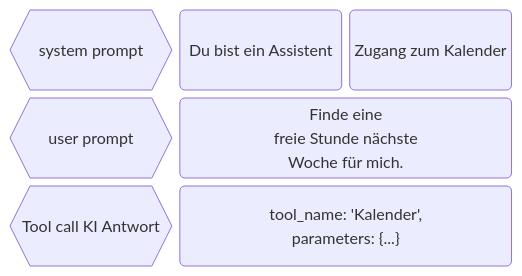
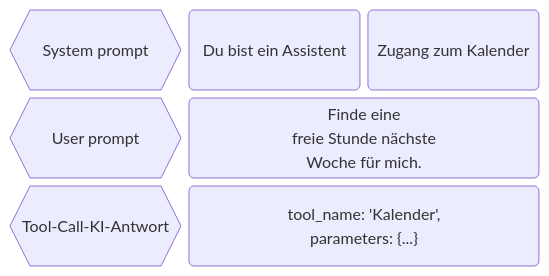
Before and after one commit to FausztBenedek/fcb-presentation-ki-workflow: the sixth of 10 diagrams in slides.md, drawn with Mermaid. The commit also changed other lines of this file, not shown here.

````diff
--- a/slides.md
+++ b/slides.md
@@ -614,14 +604,14 @@
 ```mermaid
 block
   columns 3
-  label_system_prompt{{"system prompt"}}
+  label_system_prompt{{"System prompt"}}
 
   system_prompt("Du bist ein Assistent")
   tools("Zugang zum Kalender")
 
-  label_user_prompt{{"user prompt"}}
+  label_user_prompt{{"User prompt"}}
   user_prompt("Finde eine\nfreie Stunde nächste\nWoche für mich."):2
 
-  label_tool_call_request{{"Tool call KI Antwort"}}
+  label_tool_call_request{{"Tool-Call-KI-Antwort"}}
   tool_call_request("tool_name: 'Kalender',\nparameters: {...}"):2
 ```
````
